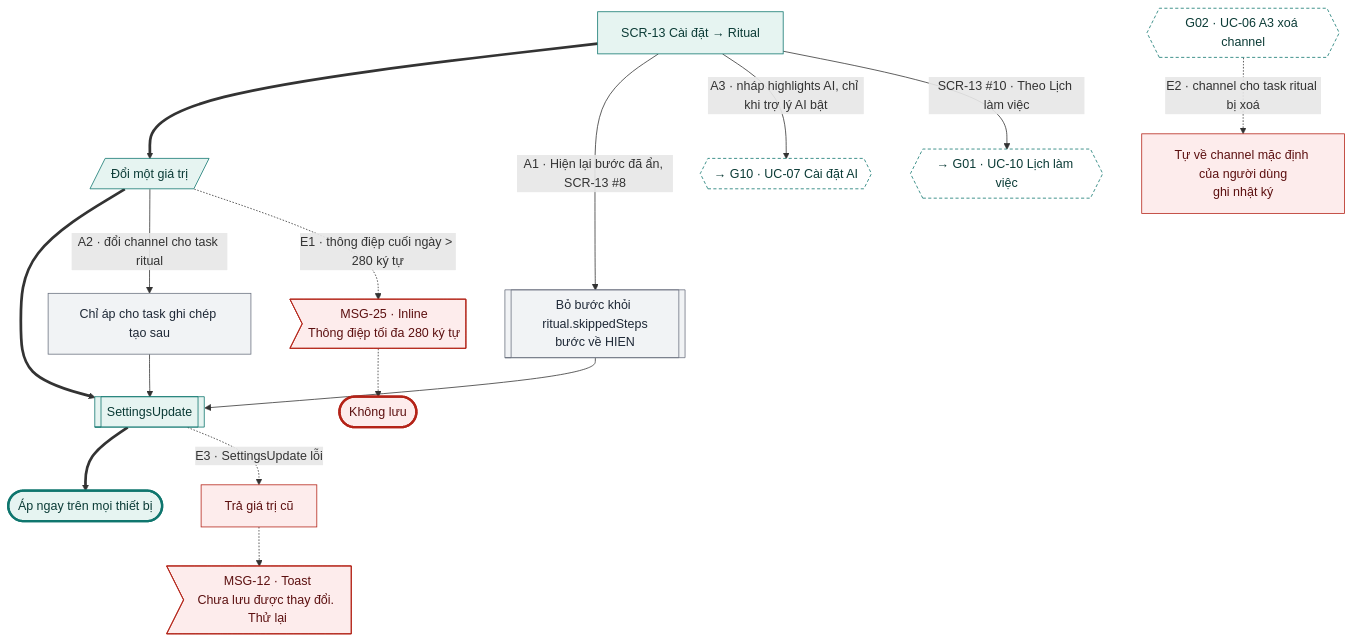
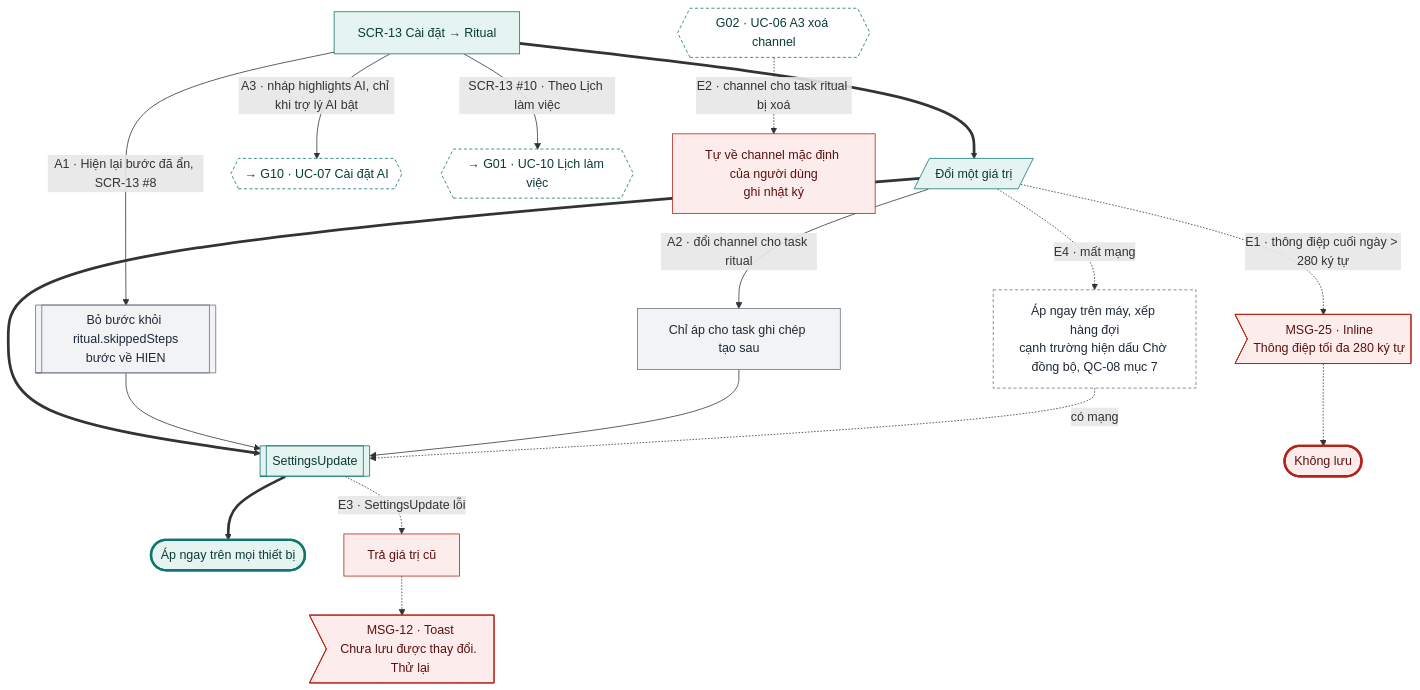
Before and after one commit to tannguyenho/personal-app: diagram 18 of 18 in docs/design-brief/flow/g08-daily-rituals.md, drawn with Mermaid. The commit also changed other lines of this file and 5 other files, not shown here.

First line of the commit message:
docs(G08, G12): áp quyết định PO 09/11 vào SRS, PRD, flow

````diff
--- a/docs/design-brief/flow/g08-daily-rituals.md
+++ b/docs/design-brief/flow/g08-daily-rituals.md
@@ -810,37 +827,40 @@
 ```mermaid
 flowchart TD
   s1["SCR-13 Cài đặt → Ritual"]
   u1[/"Đổi một giá trị"/]
   p2[["SettingsUpdate"]]
   ok(["Áp ngay trên mọi thiết bị"])
   s1 ==> u1 ==> p2 ==> ok
 
   s1 -->|"A1 · Hiện lại bước đã ẩn, SCR-13 #8"| a1[["Bỏ bước khỏi ritual.skippedSteps<br/>bước về HIEN"]]
   a1 --> p2
   u1 -->|"A2 · đổi channel cho task ritual"| a2["Chỉ áp cho task ghi chép tạo sau"]
   a2 --> p2
   s1 -->|"A3 · nháp highlights AI, chỉ khi trợ lý AI bật"| a3x{{"→ G10 · UC-07 Cài đặt AI"}}
   s1 -->|"SCR-13 #10 · Theo Lịch làm việc"| l10{{"→ G01 · UC-10 Lịch làm việc"}}
 
   u1 -.->|"E1 · thông điệp cuối ngày > 280 ký tự"| e1m>"MSG-25 · Inline<br/>Thông điệp tối đa 280 ký tự"]
   e1m -.-> e1(["Không lưu"])
   g02{{"G02 · UC-06 A3 xoá channel"}} -.->|"E2 · channel cho task ritual bị xoá"| e2["Tự về channel mặc định của người dùng<br/>ghi nhật ký"]
   p2 -.->|"E3 · SettingsUpdate lỗi"| e3["Trả giá trị cũ"]
   e3 -.-> e3m>"MSG-12 · Toast<br/>Chưa lưu được thay đổi. Thử lại"]
+  u1 -.->|"E4 · mất mạng"| e4["Áp ngay trên máy, xếp hàng đợi<br/>cạnh trường hiện dấu Chờ đồng bộ, QC-08 mục 7"]
+  e4 -.->|"có mạng"| p2
 
   class s1,u1,p2 happy
+  class e4 sync
   class a1,a2 alt
   class a3x,l10,g02 link
   class e1m,e2,e3,e3m err
   class ok done
   class e1 fail
   classDef happy fill:#E6F4F1,stroke:#0F766E,color:#0B3B36
   classDef alt fill:#F1F3F5,stroke:#6B7280,color:#1F2937
   classDef err fill:#FDECEC,stroke:#B42318,color:#5C1010
   classDef warn fill:#FEF4E2,stroke:#B45309,color:#4A2604
   classDef ai fill:#F1ECFD,stroke:#6D28D9,color:#2E1065
   classDef sync fill:#FFFFFF,stroke:#6B7280,stroke-dasharray:4 3,color:#1F2937
   classDef link fill:#FFFFFF,stroke:#0F766E,stroke-dasharray:4 3,color:#0B3B36
   classDef done fill:#E6F4F1,stroke:#0F766E,stroke-width:3px,color:#0B3B36
   classDef fail fill:#FDECEC,stroke:#B42318,stroke-width:3px,color:#5C1010
 ```
````
